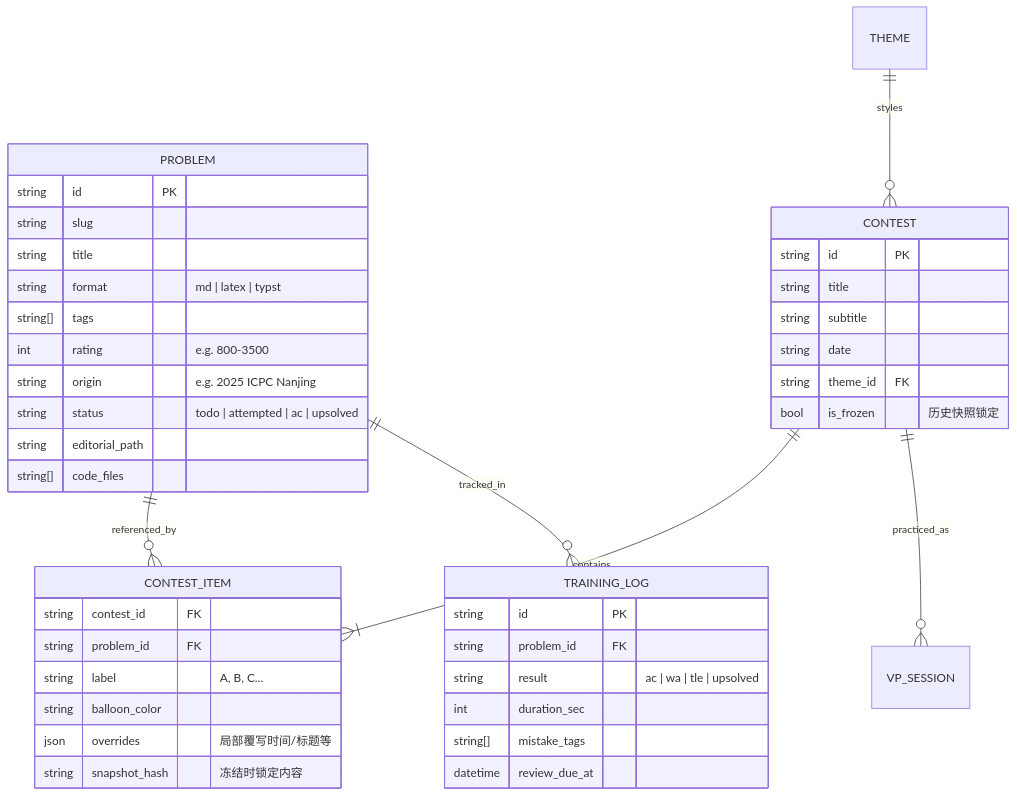
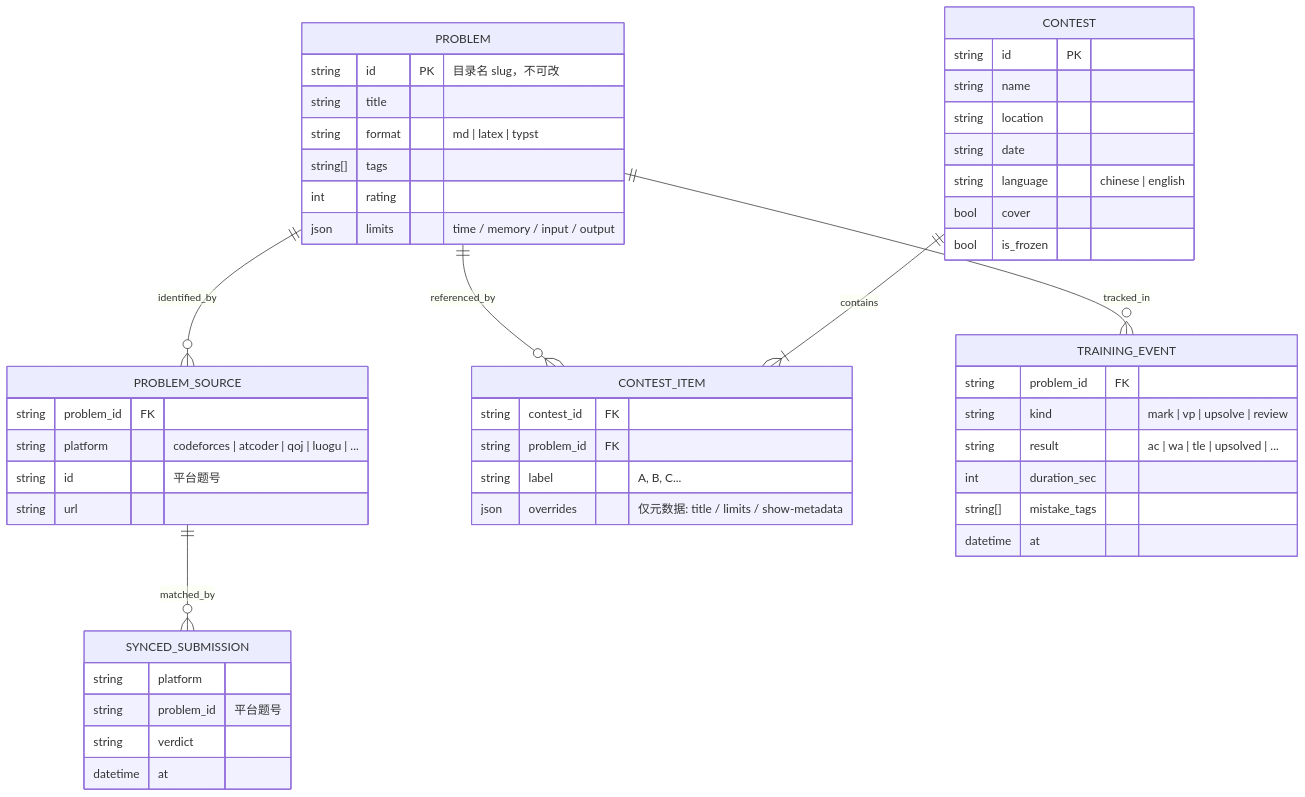
Before and after one commit to lihaoze123/xcpc-workstation: the second of 3 diagrams in docs/architecture.md, drawn with Mermaid. The commit also changed other lines of this file and 8 other files, not shown here.

````diff
--- a/docs/architecture.md
+++ b/docs/architecture.md
@@ -87,48 +89,57 @@
 ```mermaid
 erDiagram
+    PROBLEM ||--o{ PROBLEM_SOURCE : "identified_by"
     PROBLEM ||--o{ CONTEST_ITEM : "referenced_by"
     CONTEST ||--|{ CONTEST_ITEM : "contains"
-    PROBLEM ||--o{ TRAINING_LOG : "tracked_in"
-    CONTEST ||--o{ VP_SESSION : "practiced_as"
-    THEME ||--o{ CONTEST : "styles"
+    PROBLEM ||--o{ TRAINING_EVENT : "tracked_in"
+    PROBLEM_SOURCE ||--o{ SYNCED_SUBMISSION : "matched_by"
 
     PROBLEM {
-        string id PK
-        string slug
+        string id PK "目录名 slug，不可改"
         string title
         string format "md | latex | typst"
         string[] tags
-        int rating "e.g. 800-3500"
-        string origin "e.g. 2025 ICPC Nanjing"
-        string status "todo | attempted | ac | upsolved"
-        string editorial_path
-        string[] code_files
+        int rating
+        json limits "time / memory / input / output"
+    }
+
+    PROBLEM_SOURCE {
+        string problem_id FK
+        string platform "codeforces | atcoder | qoj | luogu | ..."
+        string id "平台题号"
+        string url
     }
 
     CONTEST {
         string id PK
-        string title
-        string subtitle
+        string name
+        string location
         string date
-        string theme_id FK
-        bool is_frozen "历史快照锁定"
+        string language "chinese | english"
+        bool cover
+        bool is_frozen
     }
 
     CONTEST_ITEM {
         string contest_id FK
         string problem_id FK
         string label "A, B, C..."
-        string balloon_color
-        json overrides "局部覆写时间/标题等"
-        string snapshot_hash "冻结时锁定内容"
+        json overrides "仅元数据: title / limits / show-metadata"
     }
 
-    TRAINING_LOG {
-        string id PK
+    TRAINING_EVENT {
         string problem_id FK
-        string result "ac | wa | tle | upsolved"
+        string kind "mark | vp | upsolve | review"
+        string result "ac | wa | tle | upsolved | ..."
         int duration_sec
         string[] mistake_tags
-        datetime review_due_at
+        datetime at
+    }
+
+    SYNCED_SUBMISSION {
+        string platform
+        string problem_id "平台题号"
+        string verdict
+        datetime at
     }
 ```
````
